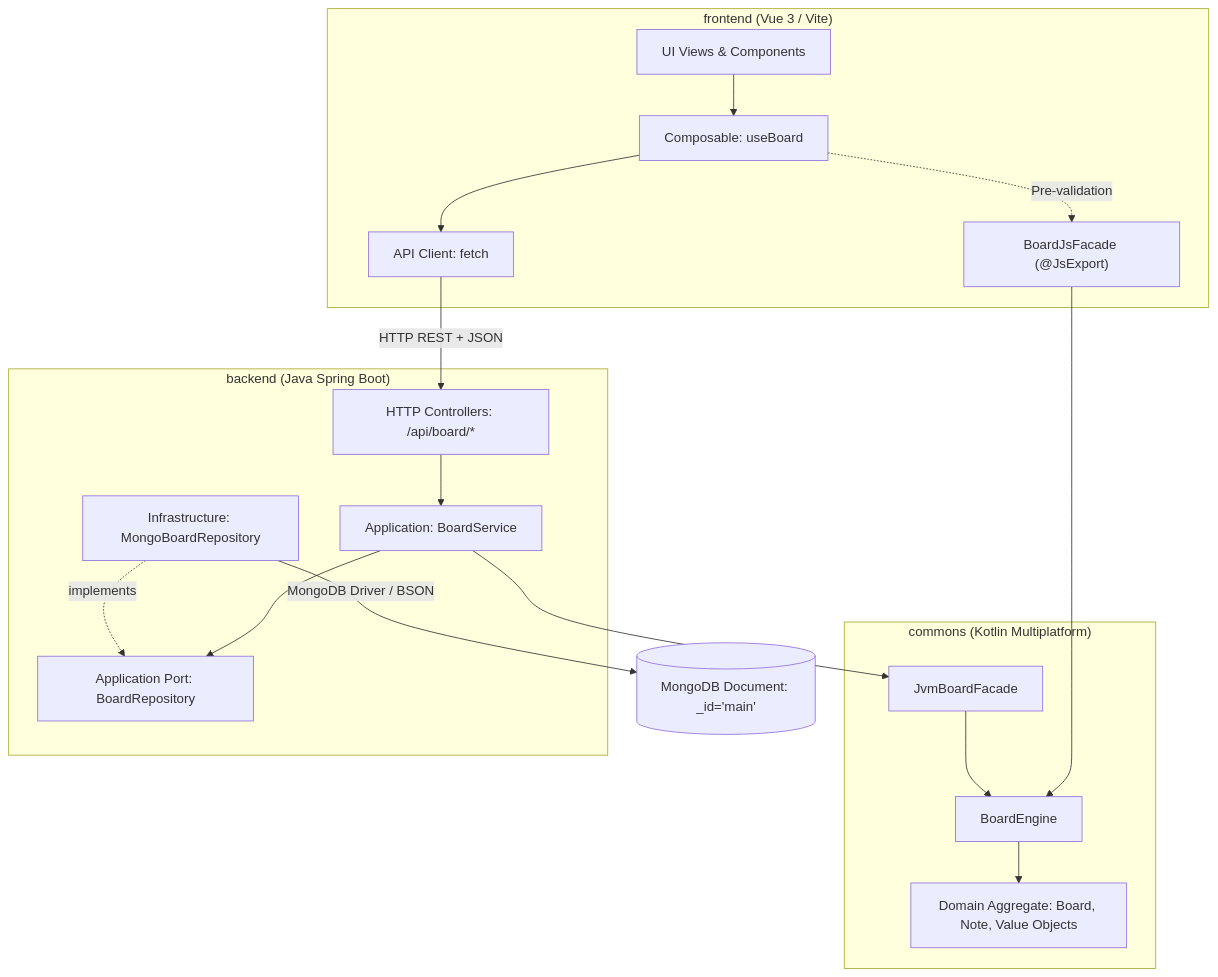
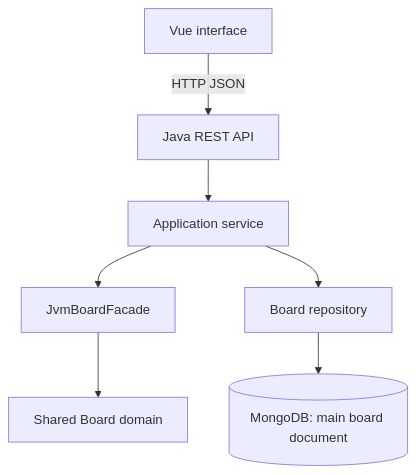
The third of 3 diagrams in docs/architecture.md (lorenzotosi/sticky-notes), drawn with Mermaid before and after one commit. The commit also changed other lines of this file and 20 other files, not shown here.

````diff
--- a/docs/architecture.md
+++ b/docs/architecture.md
@@ -79,24 +65,9 @@
 ```mermaid
 graph TD
-    subgraph FrontendModule ["frontend (Vue 3 / Vite)"]
-        VueViews["UI Views & Components"] --> UseBoard["Composable: useBoard"]
-        UseBoard --> BoardClient["API Client: fetch"]
-        UseBoard -.->|Pre-validation| JsFacade["BoardJsFacade (@JsExport)"]
-    end
-
-    subgraph CommonsModule ["commons (Kotlin Multiplatform)"]
-        JsFacade --> BoardEngine["BoardEngine"]
-        JvmFacade["JvmBoardFacade"] --> BoardEngine
-        BoardEngine --> DomainModel["Domain Aggregate: Board, Note, Value Objects"]
-    end
-
-    subgraph BackendModule ["backend (Java Spring Boot)"]
-        Controller["HTTP Controllers: /api/board/*"] --> BoardService["Application: BoardService"]
-        BoardService --> JvmFacade
-        BoardService --> BoardRepositoryPort["Application Port: BoardRepository"]
-        MongoRepo["Infrastructure: MongoBoardRepository"] -.->|implements| BoardRepositoryPort
-    end
-
-    BoardClient -->|HTTP REST + JSON| Controller
-    MongoRepo -->|MongoDB Driver / BSON| MongoDb[(MongoDB Document: _id='main')]
+    Vue["Vue interface"] -->|HTTP JSON| Controller["Java REST API"]
+    Controller --> Service["Application service"]
+    Service --> JvmFacade["JvmBoardFacade"]
+    JvmFacade --> Domain["Shared Board domain"]
+    Service --> Repository["Board repository"]
+    Repository --> Mongo[("MongoDB: main board document")]
 ```
````
